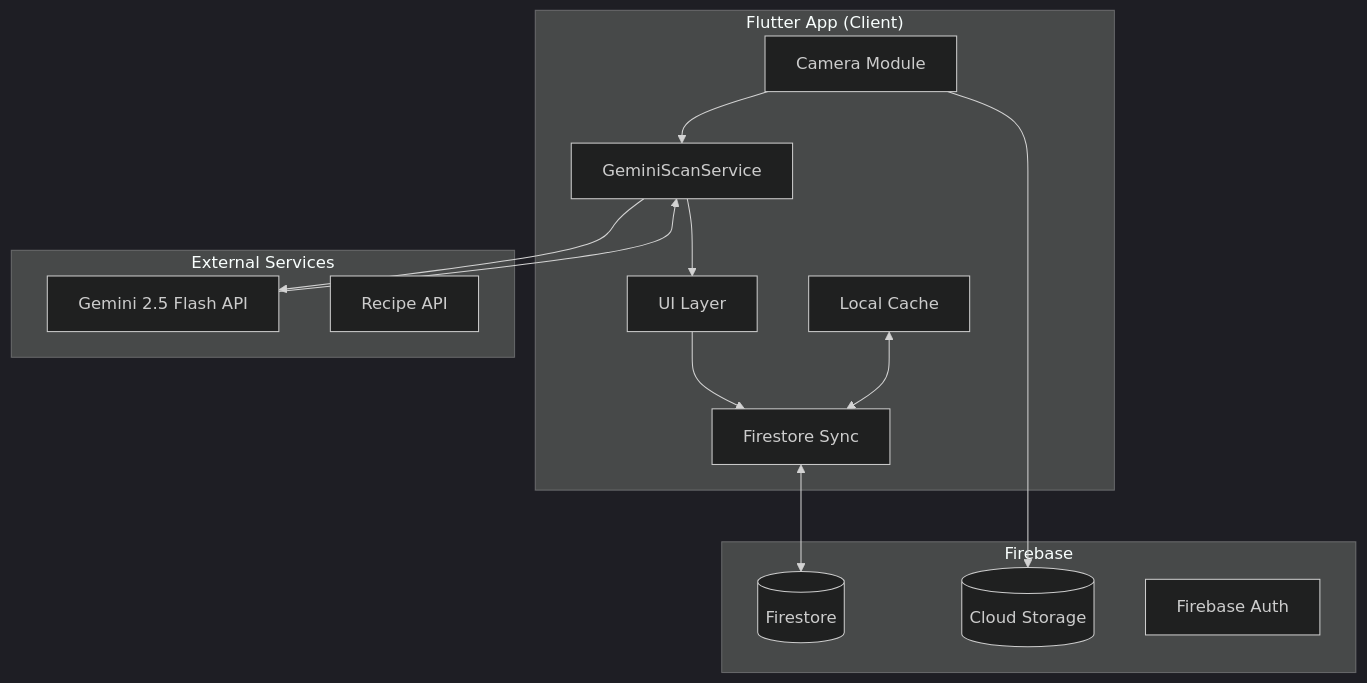
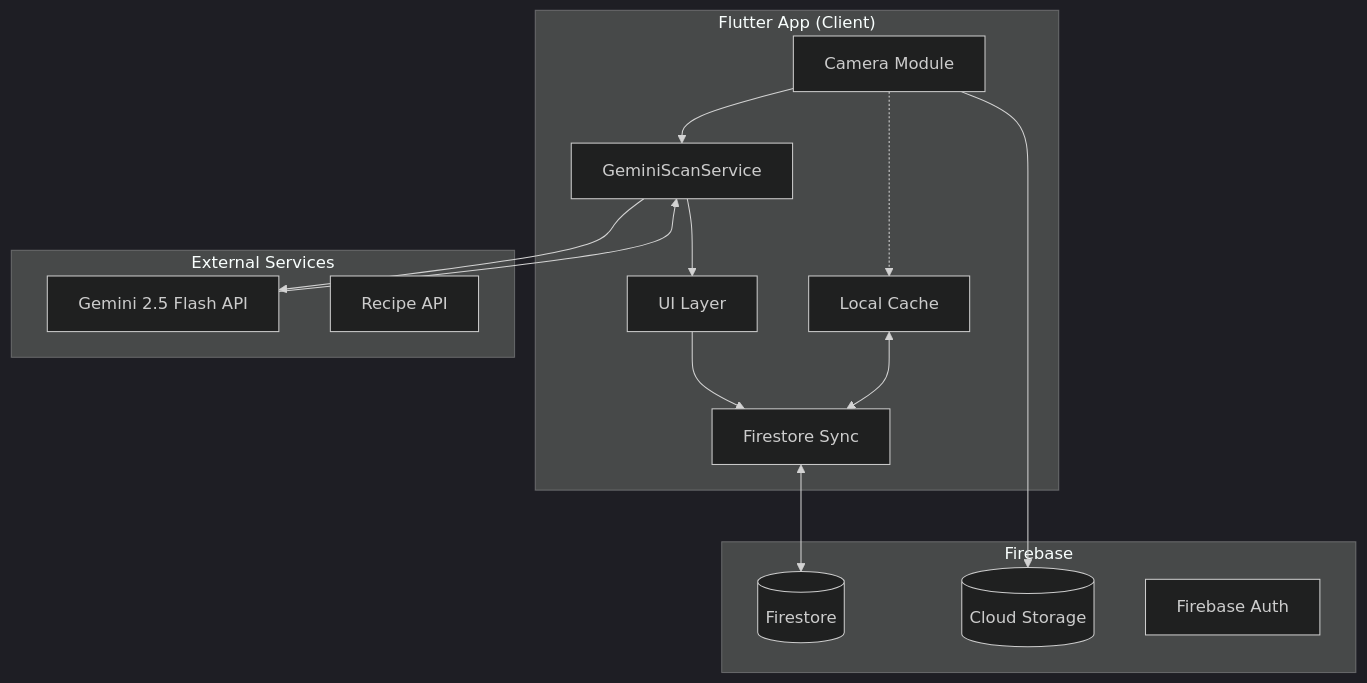
The second of 2 diagrams in specs/design.md (HeartThanakorn/sparfuchs-mobile-app), drawn with Mermaid (dark theme) before and after one commit. The commit also changed other lines of this file and 11 other files, not shown here.

Commit message:
docs: update documentation to match current architecture; chore: secure project configuration

````diff
--- a/specs/design.md
+++ b/specs/design.md
@@ -40,30 +40,31 @@
 ```mermaid
 graph TB
     subgraph "Flutter App (Client)"
         CAM[Camera Module]
         UI[UI Layer]
         GEMINI[GeminiScanService]
         SYNC[Firestore Sync]
         LOCAL[Local Cache]
     end
 
     subgraph "External Services"
         AI[Gemini 2.5 Flash API]
         RECIPE[Recipe API]
     end
 
     subgraph "Firebase"
         FS[(Firestore)]
         STORAGE[(Cloud Storage)]
         AUTH[Firebase Auth]
     end
 
     CAM --> GEMINI
     GEMINI --> AI
     AI --> GEMINI
     GEMINI --> UI
     UI --> SYNC
     SYNC <--> FS
     LOCAL <--> SYNC
     CAM --> STORAGE
+    CAM -.-> LOCAL
 ```
````
